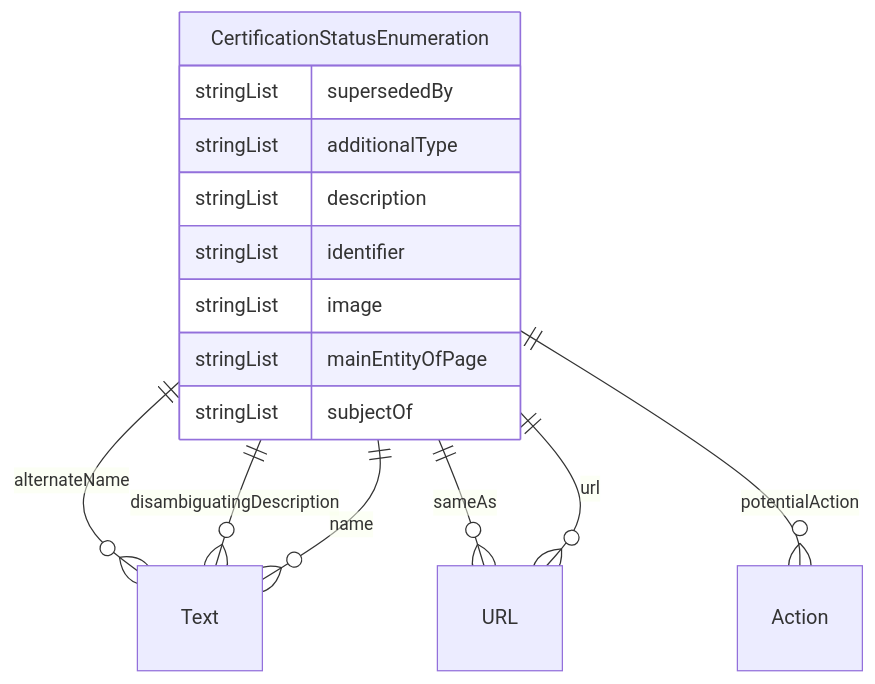
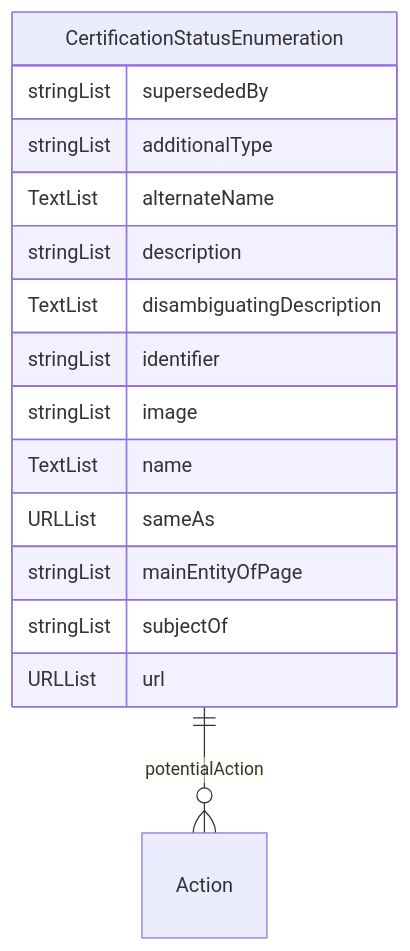
The diagram in mermaid-outputs/CertificationStatusEnumeration.mmd (roblinksdata/schema-org-entity-relational-diagrams), drawn with Mermaid before and after one commit. The commit also changed 1826 other files, not shown here.

First line of the commit message:
Simplified diagrams a bit by avoiding treating literal types as classes in the mermaid diagrams.

```diff
--- a/mermaid-outputs/CertificationStatusEnumeration.mmd
+++ b/mermaid-outputs/CertificationStatusEnumeration.mmd
@@ -1,17 +1,17 @@
 erDiagram
 CertificationStatusEnumeration {
     stringList supersededBy  
     stringList additionalType  
+    TextList alternateName  
     stringList description  
+    TextList disambiguatingDescription  
     stringList identifier  
     stringList image  
+    TextList name  
+    URLList sameAs  
     stringList mainEntityOfPage  
     stringList subjectOf  
+    URLList url  
 }
 
-CertificationStatusEnumeration ||--}o Text : "alternateName"
-CertificationStatusEnumeration ||--}o Text : "disambiguatingDescription"
-CertificationStatusEnumeration ||--}o Text : "name"
-CertificationStatusEnumeration ||--}o URL : "sameAs"
 CertificationStatusEnumeration ||--}o Action : "potentialAction"
-CertificationStatusEnumeration ||--}o URL : "url"
```
